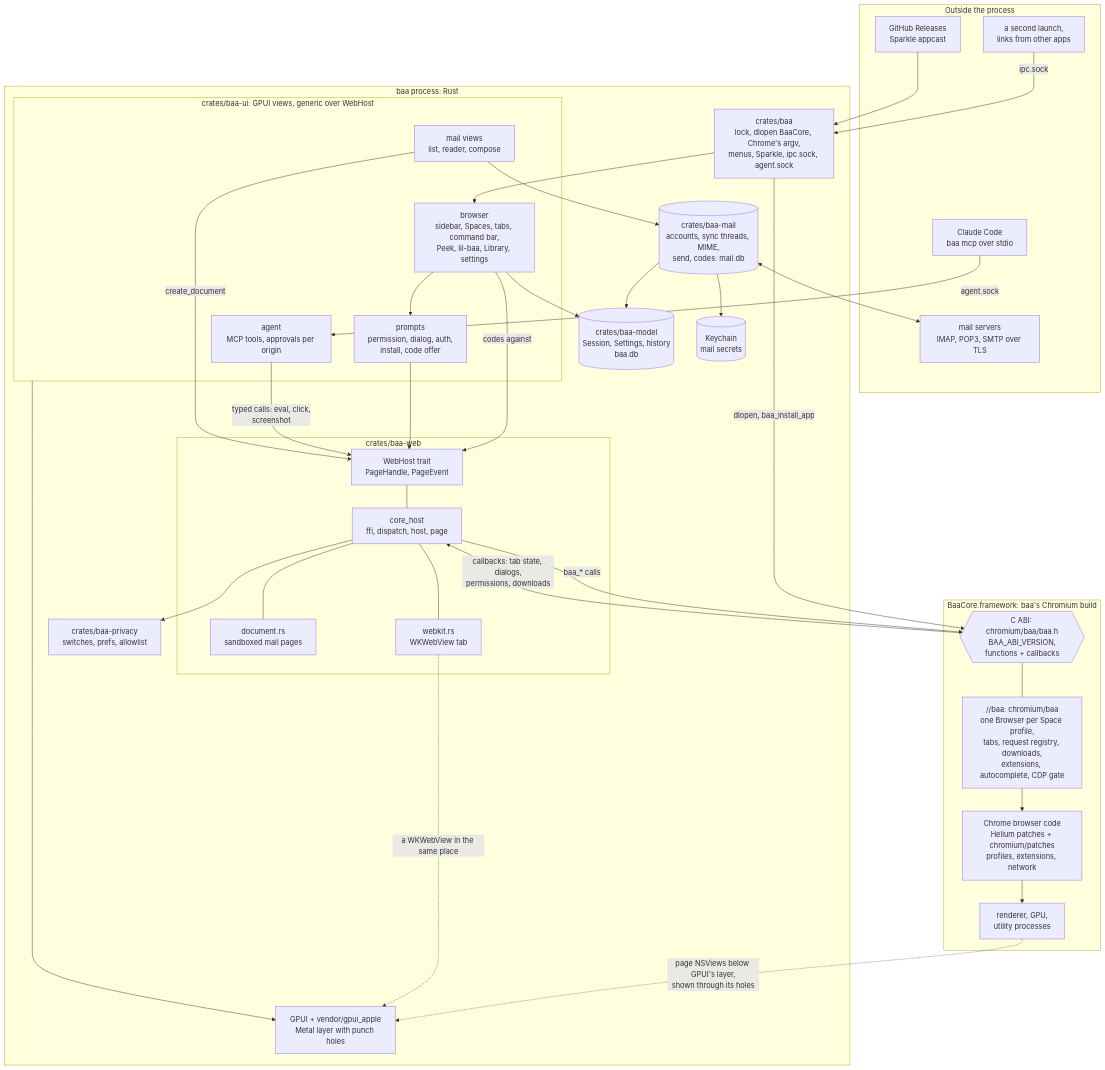
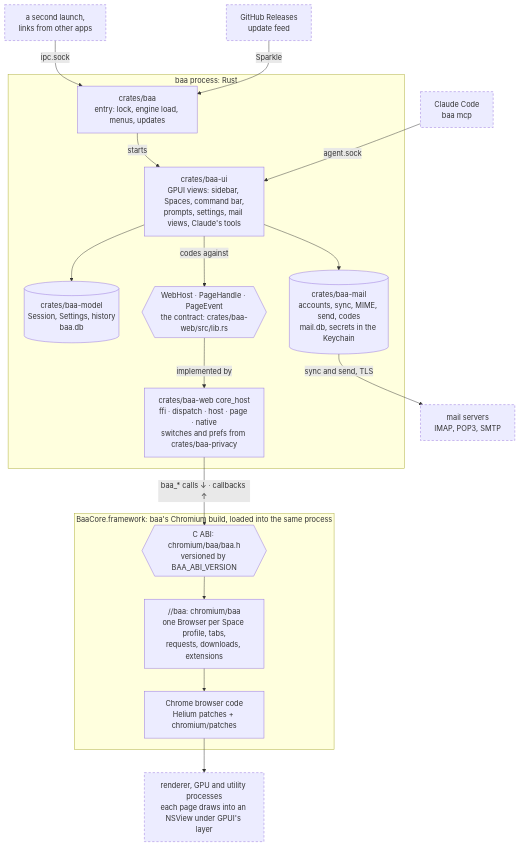
The first of 2 diagrams in README.md (dan-hummelstad/baa), drawn with Mermaid before and after one commit. The commit also changed other lines of this file and 1 other file, not shown here.

Commit message:
README, PLAN-engines.md: the architecture diagrams read top to bottom. Each is one chain where every arrow goes a step down: the side boxes (GPUI, privacy, the WebKit tab, mail's documents, the Keychain) are folded into the box they belong to or left to the text, the arrows that ran back up from the helper processes are gone, a call and its callbacks are one labelled arrow, and what is outside baa's process is a dashed box

````diff
--- a/README.md
+++ b/README.md
@@ -357,65 +359,41 @@
 ```mermaid
 flowchart TB
-    subgraph outside["Outside the process"]
-        launch["a second launch,<br/>links from other apps"]
-        claude["Claude Code<br/>baa mcp over stdio"]
-        servers["mail servers<br/>IMAP, POP3, SMTP over TLS"]
-        feed["GitHub Releases<br/>Sparkle appcast"]
+    launch["a second launch,<br/>links from other apps"]:::outside
+    feed["GitHub Releases<br/>update feed"]:::outside
+
+    subgraph rust["baa process: Rust"]
+        main["crates/baa<br/>entry: lock, engine load, menus, updates"]
+        ui["crates/baa-ui<br/>GPUI views: sidebar, Spaces, command bar,<br/>prompts, settings, mail views, Claude's tools"]
+        model[("crates/baa-model<br/>Session, Settings, history<br/>baa.db")]
+        host{{"WebHost · PageHandle · PageEvent<br/>the contract: crates/baa-web/src/lib.rs"}}
+        mail[("crates/baa-mail<br/>accounts, sync, MIME, send, codes<br/>mail.db, secrets in the Keychain")]
+        core["crates/baa-web core_host<br/>ffi · dispatch · host · page · native<br/>switches and prefs from crates/baa-privacy"]
     end
 
-    subgraph app["baa process: Rust"]
-        main["crates/baa<br/>lock, dlopen BaaCore, Chrome's argv,<br/>menus, Sparkle, ipc.sock, agent.sock"]
-        subgraph ui["crates/baa-ui: GPUI views, generic over WebHost"]
-            browser["browser<br/>sidebar, Spaces, tabs, command bar,<br/>Peek, lil-baa, Library, settings"]
-            prompts["prompts<br/>permission, dialog, auth,<br/>install, code offer"]
-            mailui["mail views<br/>list, reader, compose"]
-            agent["agent<br/>MCP tools, approvals per origin"]
-        end
-        model[("crates/baa-model<br/>Session, Settings, history<br/>baa.db")]
-        mail[("crates/baa-mail<br/>accounts, sync threads, MIME,<br/>send, codes: mail.db")]
-        keychain[("Keychain<br/>mail secrets")]
-        privacy["crates/baa-privacy<br/>switches, prefs, allowlist"]
-        subgraph web["crates/baa-web"]
-            host["WebHost trait<br/>PageHandle, PageEvent"]
-            core["core_host<br/>ffi, dispatch, host, page"]
-            docs["document.rs<br/>sandboxed mail pages"]
-            wk["webkit.rs<br/>WKWebView tab"]
-        end
-        gpui["GPUI + vendor/gpui_apple<br/>Metal layer with punch holes"]
+    claude["Claude Code<br/>baa mcp"]:::outside
+    servers["mail servers<br/>IMAP, POP3, SMTP"]:::outside
+
+    subgraph engine["BaaCore.framework: baa's Chromium build, loaded into the same process"]
+        abi{{"C ABI: chromium/baa/baa.h<br/>versioned by BAA_ABI_VERSION"}}
+        layer["//baa: chromium/baa<br/>one Browser per Space profile, tabs,<br/>requests, downloads, extensions"]
+        chrome["Chrome browser code<br/>Helium patches + chromium/patches"]
     end
 
-    subgraph engine["BaaCore.framework: baa's Chromium build"]
-        abi{{"C ABI: chromium/baa/baa.h<br/>BAA_ABI_VERSION,<br/>functions + callbacks"}}
-        layer["//baa: chromium/baa<br/>one Browser per Space profile,<br/>tabs, request registry, downloads,<br/>extensions, autocomplete, CDP gate"]
-        chrome["Chrome browser code<br/>Helium patches + chromium/patches<br/>profiles, extensions, network"]
-        procs["renderer, GPU,<br/>utility processes"]
-    end
+    procs["renderer, GPU and utility processes<br/>each page draws into an NSView under GPUI's layer"]:::outside
 
     launch -- "ipc.sock" --> main
-    claude -- "agent.sock" --> agent
-    feed --> main
-    main --> browser
-    main -- "dlopen, baa_install_app" --> abi
-    browser --> model
-    browser --> prompts
-    mailui --> mail
-    mail --> keychain
-    mail <--> servers
-    mail --> model
-    browser -- "codes against" --> host
-    prompts --> host
-    agent -- "typed calls: eval, click,<br/>screenshot" --> host
-    mailui -- "create_document" --> host
-    host --- core
-    core --- docs
-    core --- wk
-    core --> privacy
-    core -- "baa_* calls" --> abi
-    abi -- "callbacks: tab state, dialogs,<br/>permissions, downloads" --> core
-    abi --- layer
+    feed -- "Sparkle" --> main
+    main -- "starts" --> ui
+    claude -- "agent.sock" --> ui
+    ui --> model
+    ui -- "codes against" --> host
+    ui --> mail
+    host -- "implemented by" --> core
+    mail -- "sync and send, TLS" --> servers
+    core -- "baa_* calls ↓ · callbacks ↑" --> abi
+    abi --> layer
     layer --> chrome
     chrome --> procs
-    ui --> gpui
-    procs -. "page NSViews below GPUI's layer,<br/>shown through its holes" .-> gpui
-    wk -. "a WKWebView in the same place" .-> gpui
+
+    classDef outside stroke-dasharray: 5 4
 ```
````
